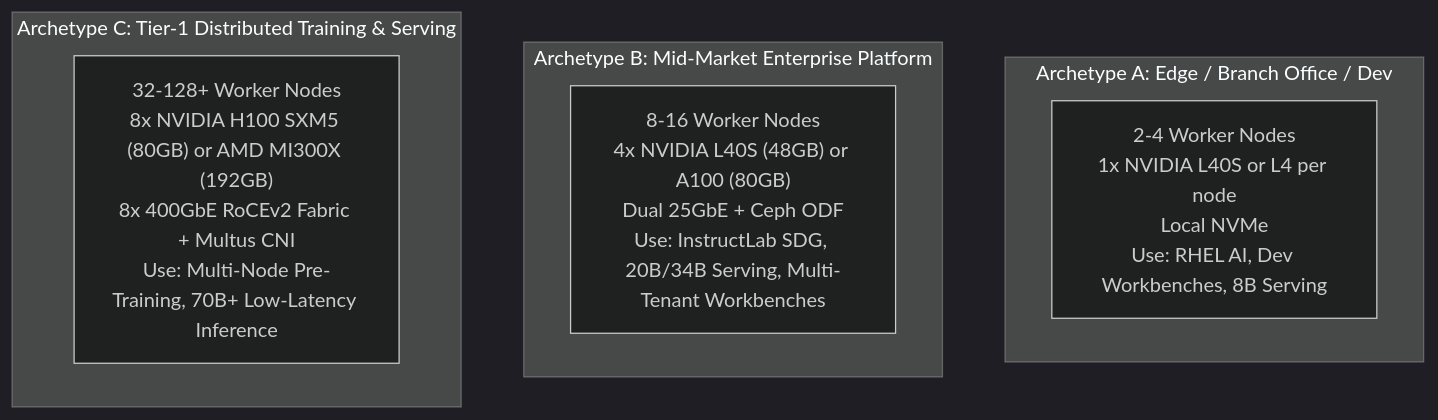
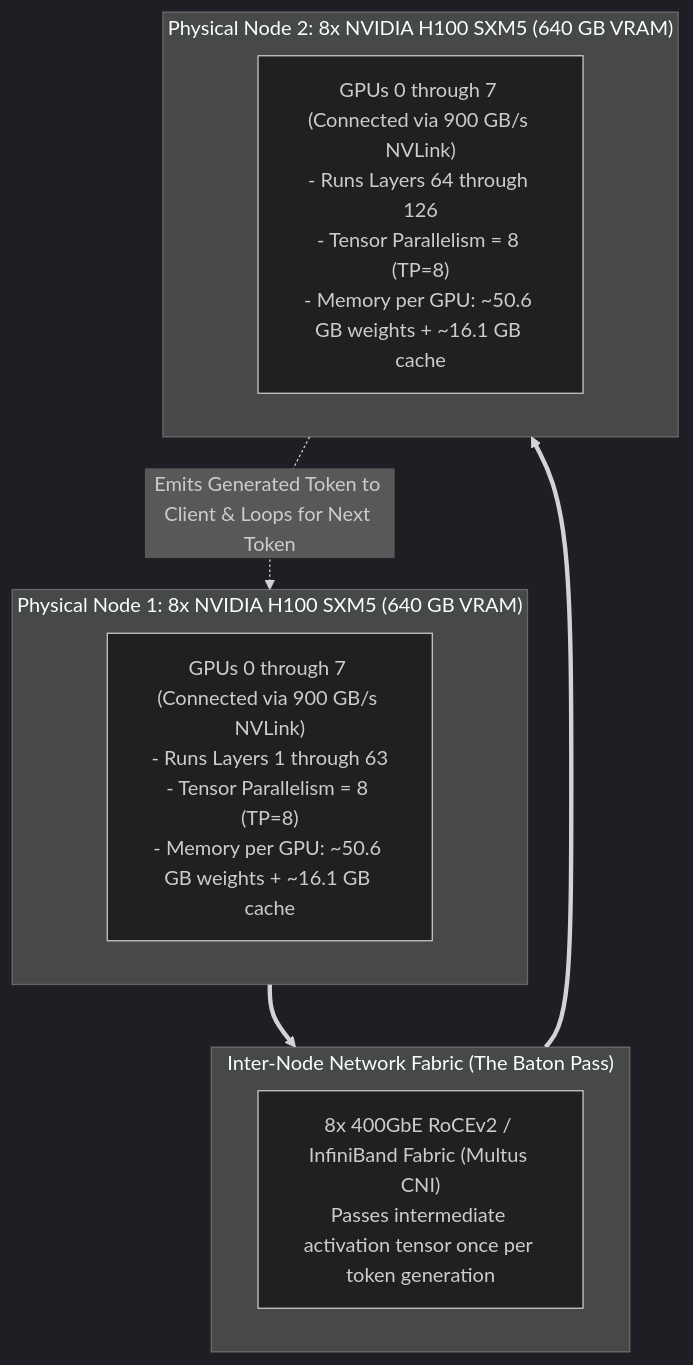
One commit to therealkevops/CAGY-v2.0.0 changed the fifth of 5 diagrams in knowledge/spaces/rh-ai/notes/10-hardware-acceleration-and-cluster-sizing.md. Above: the diagram before and after it, drawn with Mermaid (dark theme). The commit also changed other lines of this file and 79 other files, not shown here.

Commit message:
fix(webui): harden mermaid error handling, fix workspace.js syntax, and correct diagram labels

````diff
--- a/knowledge/spaces/rh-ai/notes/10-hardware-acceleration-and-cluster-sizing.md
+++ b/knowledge/spaces/rh-ai/notes/10-hardware-acceleration-and-cluster-sizing.md
@@ -105,14 +410,18 @@
 ```mermaid
 flowchart TD
-    subgraph ArchA["Archetype A: Edge / Branch Office / Dev"]
-        A1["2-4 Worker Nodes\n1x NVIDIA L40S or L4 per node\nLocal NVMe\nUse: RHEL AI, Dev Workbenches, 8B Serving"]
+    subgraph Node1["Physical Node 1: 8x NVIDIA H100 SXM5 (640 GB VRAM)"]
+        N1_GPUS["GPUs 0 through 7 (Connected via 900 GB/s NVLink)\n- Runs Layers 1 through 63\n- Tensor Parallelism = 8 (TP=8)\n- Memory per GPU: ~50.6 GB weights + ~16.1 GB cache"]
     end
 
-    subgraph ArchB["Archetype B: Mid-Market Enterprise Platform"]
-        B1["8-16 Worker Nodes\n4x NVIDIA L40S (48GB) or A100 (80GB)\nDual 25GbE + Ceph ODF\nUse: InstructLab SDG, 20B/34B Serving, Multi-Tenant Workbenches"]
+    subgraph Fabric["Inter-Node Network Fabric (The Baton Pass)"]
+        RDMA["8x 400GbE RoCEv2 / InfiniBand Fabric (Multus CNI)\nPasses intermediate activation tensor once per token generation"]
     end
 
-    subgraph ArchC["Archetype C: Tier-1 Distributed Training & Serving"]
-        C1["32-128+ Worker Nodes\n8x NVIDIA H100 SXM5 (80GB) or AMD MI300X (192GB)\n8x 400GbE RoCEv2 Fabric + Multus CNI\nUse: Multi-Node Pre-Training, 70B+ Low-Latency Inference"]
+    subgraph Node2["Physical Node 2: 8x NVIDIA H100 SXM5 (640 GB VRAM)"]
+        N2_GPUS["GPUs 0 through 7 (Connected via 900 GB/s NVLink)\n- Runs Layers 64 through 126\n- Tensor Parallelism = 8 (TP=8)\n- Memory per GPU: ~50.6 GB weights + ~16.1 GB cache"]
     end
+
+    Node1 ==> Fabric
+    Fabric ==> Node2
+    Node2 -.->|Emits Generated Token to Client & Loops for Next Token| Node1
 ```
````
